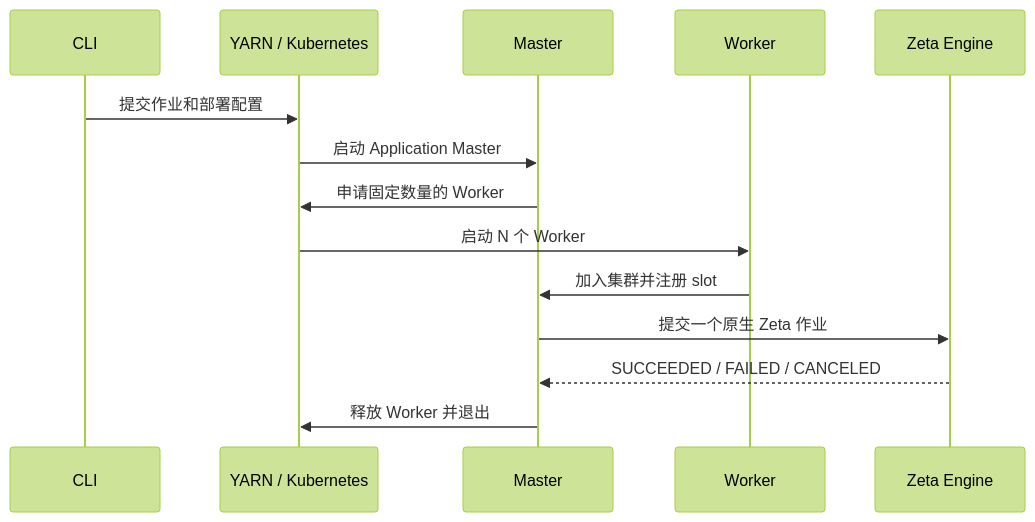
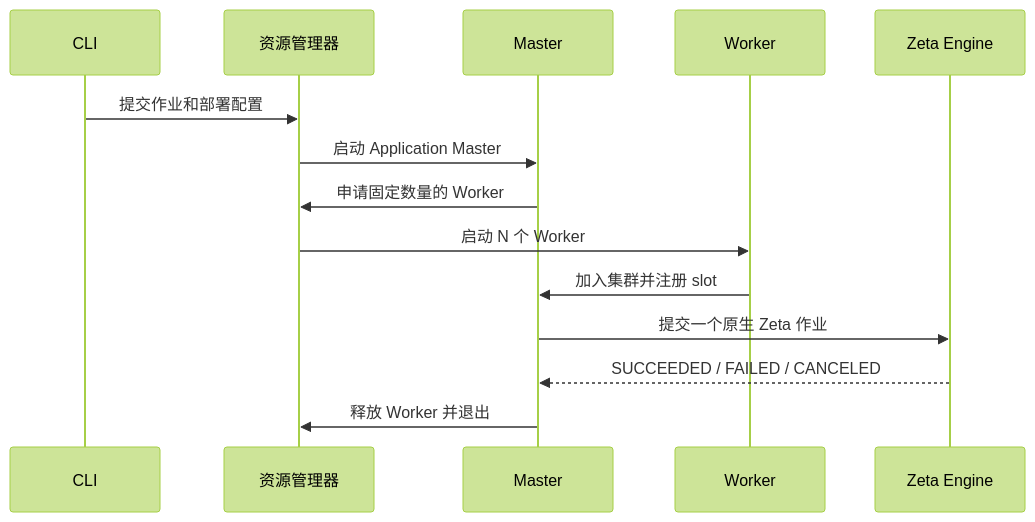
One commit to apache/seatunnel changed the second of 3 diagrams in docs/zh/getting-started/application/architecture.md. Above: the diagram before and after it, drawn with Mermaid (forest theme). The commit also changed other lines of this file and 3 other files, not shown here.

Commit message:
[Docs][Zeta] Use resource manager in the application mode architecture diagram

````diff
--- a/docs/zh/getting-started/application/architecture.md
+++ b/docs/zh/getting-started/application/architecture.md
@@ -77,17 +77,17 @@
 ```mermaid
 sequenceDiagram
     participant CLI
-    participant Platform as YARN / Kubernetes
+    participant Platform as 资源管理器
     participant Master
     participant Worker
     participant Engine as Zeta Engine
 
     CLI->>Platform: 提交作业和部署配置
     Platform->>Master: 启动 Application Master
     Master->>Platform: 申请固定数量的 Worker
     Platform->>Worker: 启动 N 个 Worker
     Worker->>Master: 加入集群并注册 slot
     Master->>Engine: 提交一个原生 Zeta 作业
     Engine-->>Master: SUCCEEDED / FAILED / CANCELED
     Master->>Platform: 释放 Worker 并退出
 ```
````
